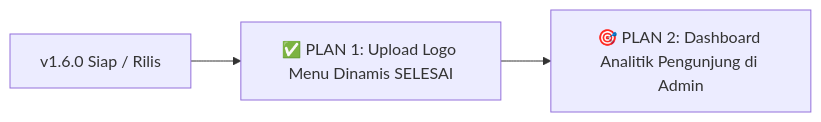
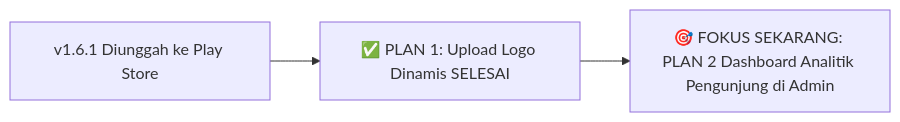
One commit to diskominfosandikonsel/konsel-setara changed the diagram in PLAN.md. Above: the diagram before and after it, drawn with Mermaid. The commit also changed other lines of this file, not shown here.

Commit message:
docs: update PLAN.md to set Plan 2 as active focus

````diff
--- a/PLAN.md
+++ b/PLAN.md
@@ -21,5 +19,5 @@
 ```mermaid
 flowchart LR
-    A[v1.6.0 Siap / Rilis] --> B[✅ PLAN 1: Upload Logo Menu Dinamis SELESAI]
-    B --> C[🎯 PLAN 2: Dashboard Analitik Pengunjung di Admin]
+    A[v1.6.1 Diunggah ke Play Store] --> B[✅ PLAN 1: Upload Logo Dinamis SELESAI]
+    B --> C[🎯 FOKUS SEKARANG: PLAN 2 Dashboard Analitik Pengunjung di Admin]
 ```
````
